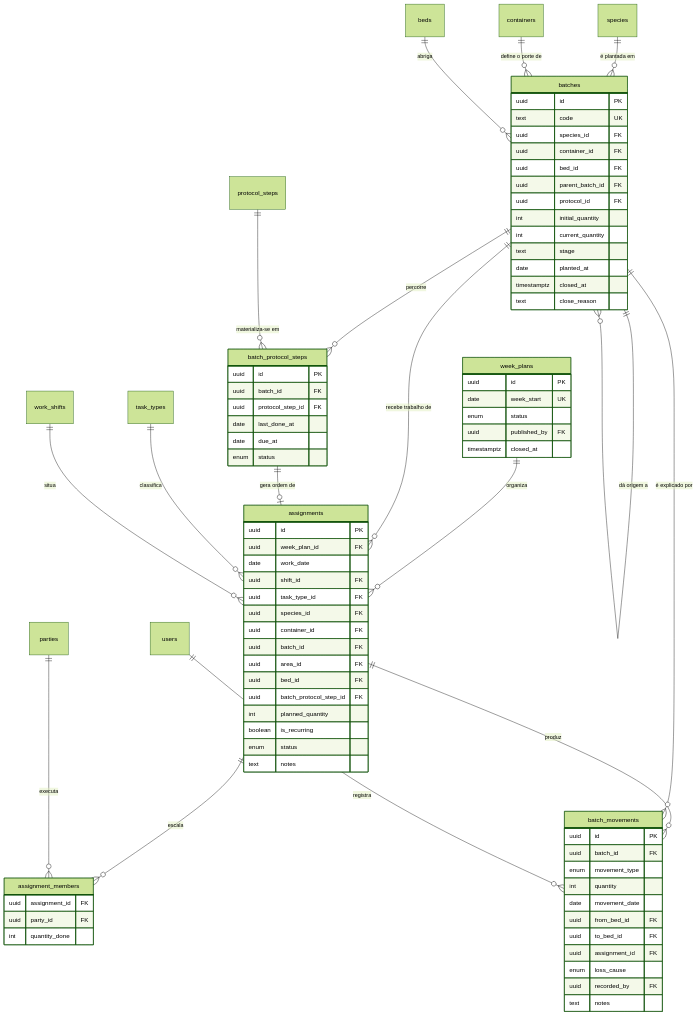
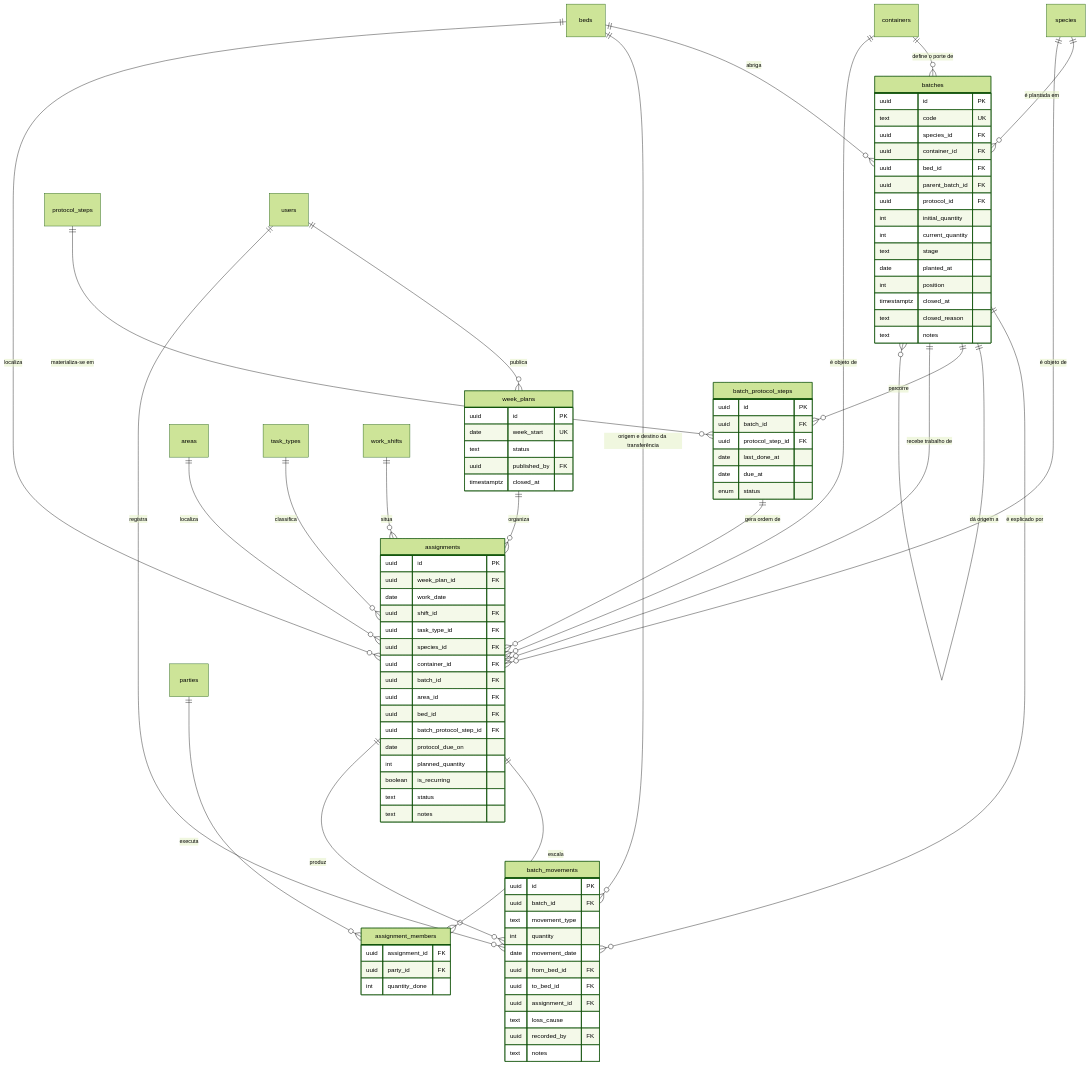
The fourth of 5 diagrams in docs/engenharia/C-modelagem/C6-modelo-entidade-relacionamento.md (JoaoMudar/tcc), drawn with Mermaid (forest theme) before and after one commit. The commit also changed other lines of this file and 19 other files, not shown here.

First line of the commit message:
fix(modelo-dados): alinha C8, C6 e as figuras ao schema real

````diff
--- a/docs/engenharia/C-modelagem/C6-modelo-entidade-relacionamento.md
+++ b/docs/engenharia/C-modelagem/C6-modelo-entidade-relacionamento.md
@@ -443,7 +456,7 @@
   week_plans {
     uuid        id PK
     date        week_start UK
-    enum        status
+    text        status
     uuid        published_by FK
     timestamptz closed_at
   }
@@ -459,9 +472,10 @@
     uuid    area_id FK
     uuid    bed_id FK
     uuid    batch_protocol_step_id FK
+    date    protocol_due_on
     int     planned_quantity
     boolean is_recurring
-    enum    status
+    text    status
     text    notes
   }
   assignment_members {
@@ -481,19 +495,21 @@
     int         current_quantity
     text        stage
     date        planted_at
+    int         position
     timestamptz closed_at
-    text        close_reason
+    text        closed_reason
+    text        notes
   }
   batch_movements {
     uuid id PK
     uuid batch_id FK
-    enum movement_type
+    text movement_type
     int  quantity
     date movement_date
     uuid from_bed_id FK
     uuid to_bed_id FK
     uuid assignment_id FK
-    enum loss_cause
+    text loss_cause
     uuid recorded_by FK
     text notes
   }
@@ -507,6 +523,7 @@
   }
   species {}
   containers {}
+  areas {}
   beds {}
   task_types {}
   work_shifts {}
@@ -521,14 +538,20 @@
   batches    ||--o{ batches            : "dá origem a"
   batches    ||--o{ batch_protocol_steps : "percorre"
   batches    ||--o{ assignments        : "recebe trabalho de"
-  batch_protocol_steps ||--o| assignments : "gera ordem de"
+  batch_protocol_steps ||--o{ assignments : "gera ordem de"
 
   species    ||--o{ batches : "é plantada em"
   containers ||--o{ batches : "define o porte de"
   beds       ||--o{ batches : "abriga"
+  beds       ||--o{ batch_movements : "origem e destino da transferência"
   task_types ||--o{ assignments : "classifica"
   work_shifts||--o{ assignments : "situa"
+  species    ||--o{ assignments : "é objeto de"
+  containers ||--o{ assignments : "é objeto de"
+  areas      ||--o{ assignments : "localiza"
+  beds       ||--o{ assignments : "localiza"
   parties    ||--o{ assignment_members : "executa"
+  users      ||--o{ week_plans : "publica"
   protocol_steps ||--o{ batch_protocol_steps : "materializa-se em"
   users      ||--o{ batch_movements : "registra"
 ```
````
